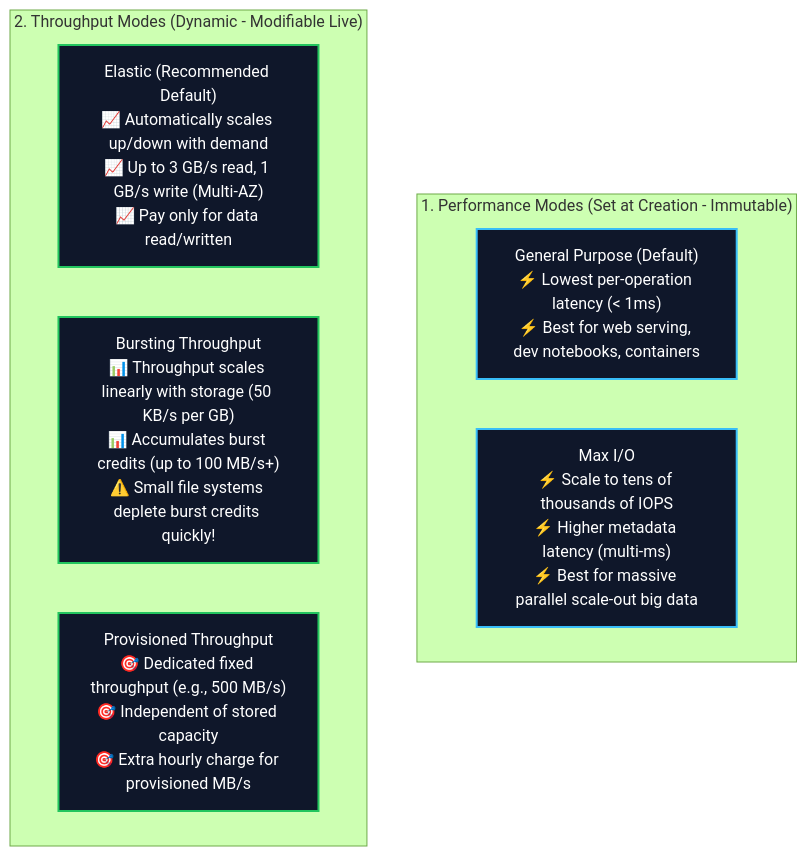
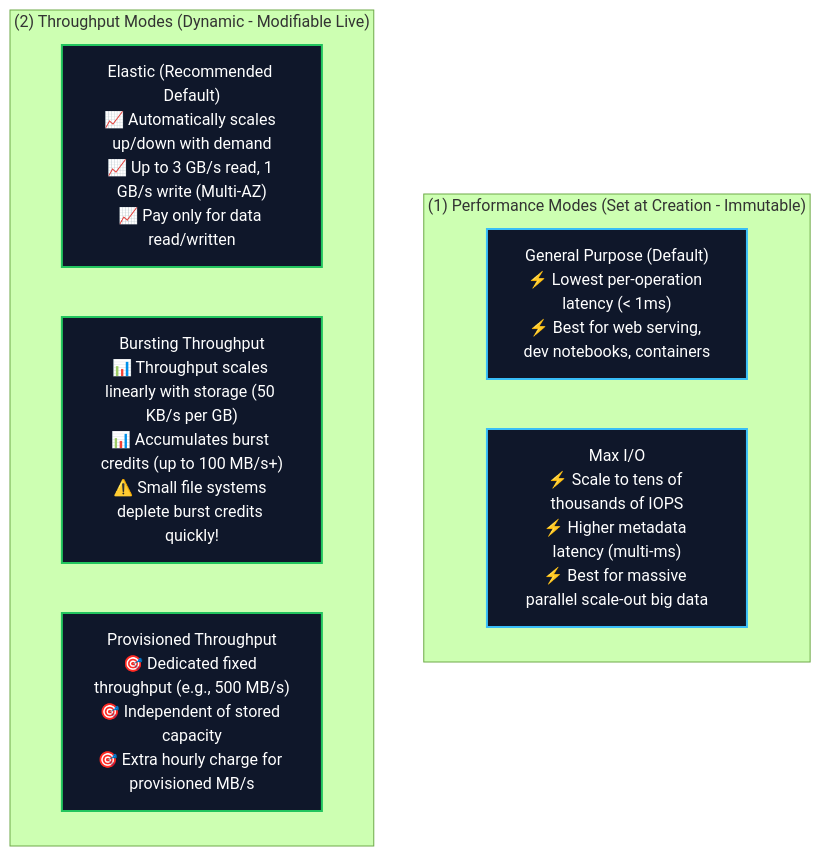
One commit to Wathon/aws-dea-c01-note changed the fourth of 9 diagrams in content/02-services/storage/efs-and-fsx.md. Above: the diagram before and after it, drawn with Mermaid (forest theme). The commit also changed other lines of this file and 19 other files, not shown here.

Commit message:
fix(mermaid): resolve 'Unsupported markdown: list' rendering issues across all diagram node and edge labels

````diff
--- a/content/02-services/storage/efs-and-fsx.md
+++ b/content/02-services/storage/efs-and-fsx.md
@@ -198,19 +198,19 @@
 ```mermaid
 graph TD
-    subgraph PerfMode["1. Performance Modes (Set at Creation - Immutable)"]
+    subgraph PerfMode["(1) Performance Modes (Set at Creation - Immutable)"]
         GP["General Purpose (Default)<br/>⚡ Lowest per-operation latency (< 1ms)<br/>⚡ Best for web serving, dev notebooks, containers"]
         MaxIO["Max I/O<br/>⚡ Scale to tens of thousands of IOPS<br/>⚡ Higher metadata latency (multi-ms)<br/>⚡ Best for massive parallel scale-out big data"]
     end
 
-    subgraph ThroughputMode["2. Throughput Modes (Dynamic - Modifiable Live)"]
+    subgraph ThroughputMode["(2) Throughput Modes (Dynamic - Modifiable Live)"]
         Elastic["Elastic (Recommended Default)<br/>📈 Automatically scales up/down with demand<br/>📈 Up to 3 GB/s read, 1 GB/s write (Multi-AZ)<br/>📈 Pay only for data read/written"]
         Bursting["Bursting Throughput<br/>📊 Throughput scales linearly with storage (50 KB/s per GB)<br/>📊 Accumulates burst credits (up to 100 MB/s+)<br/>⚠️ Small file systems deplete burst credits quickly!"]
         Provisioned["Provisioned Throughput<br/>🎯 Dedicated fixed throughput (e.g., 500 MB/s)<br/>🎯 Independent of stored capacity<br/>🎯 Extra hourly charge for provisioned MB/s"]
     end
 
     classDef pmode fill:#0f172a,stroke:#38bdf8,stroke-width:2px,color:#fff;
     classDef tmode fill:#0f172a,stroke:#22c55e,stroke-width:2px,color:#fff;
 
     class GP,MaxIO pmode;
     class Elastic,Bursting,Provisioned tmode;
 ```
````
